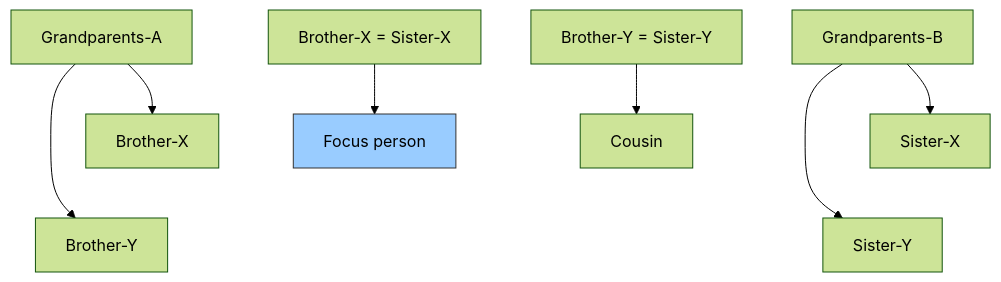
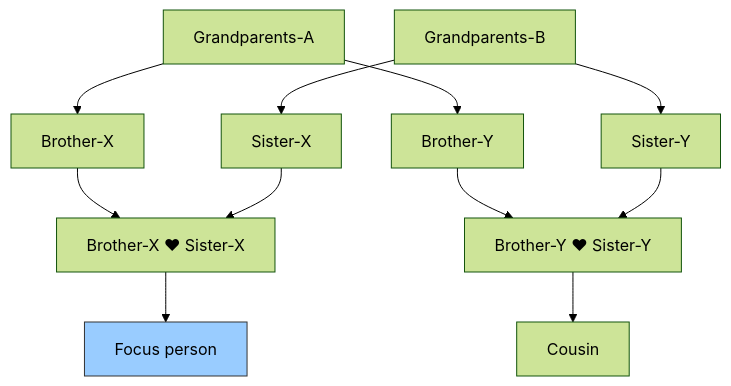
Diagram 12 of 13 in lib/ancestry/people/CLAUDE.md (san650/ancestry), drawn with Mermaid (forest theme) before and after one commit. The commit also changed other lines of this file, not shown here.

Commit message:
Improve the graphs

````diff
--- a/lib/ancestry/people/CLAUDE.md
+++ b/lib/ancestry/people/CLAUDE.md
@@ -334,18 +351,17 @@
 ```mermaid
-graph TD
+flowchart TD
     GPA["Grandparents-A"]
     GPB["Grandparents-B"]
     GPA --> BX["Brother-X"]
     GPA --> BY["Brother-Y"]
     GPB --> SX["Sister-X"]
     GPB --> SY["Sister-Y"]
-    CE["Brother-X = Sister-X"]
-    DF["Brother-Y = Sister-Y"]
+    BX --> CE["Brother-X ♥ Sister-X"]
+    SX --> CE
+    BY --> DF["Brother-Y ♥ Sister-Y"]
+    SY --> DF
     CE --> Focus["Focus person"]
     DF --> Cousin["Cousin"]
 
-    BX ~~~ BY
-    SX ~~~ SY
-
     style Focus fill:#9cf,stroke:#333,color:#000
 ```
````
